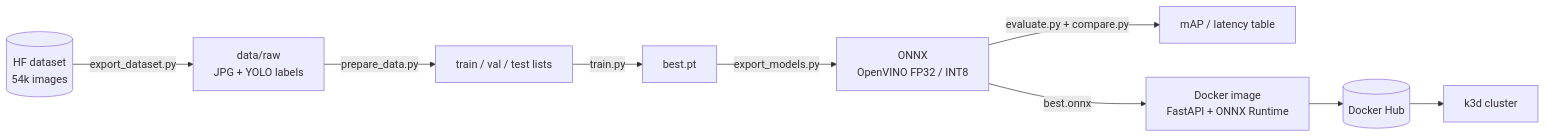
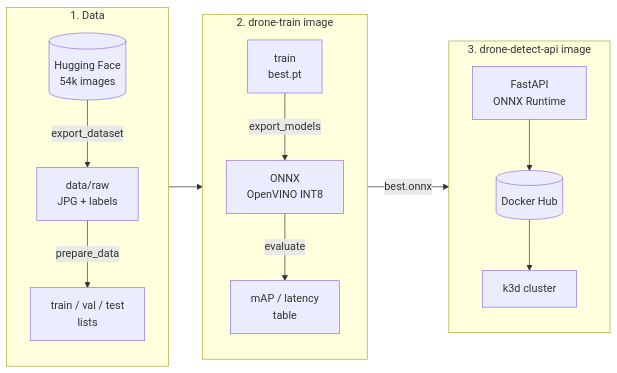
The diagram in README.md (nThArOs/drone-detect-mlops), drawn with Mermaid before and after one commit.

Commit message:
Rework pipeline diagram layout

````diff
--- a/README.md
+++ b/README.md
@@ -12,11 +12,23 @@
 ```mermaid
 flowchart LR
-    HF[(HF dataset<br/>54k images)] -->|export_dataset.py| RAW[data/raw<br/>JPG + YOLO labels]
-    RAW -->|prepare_data.py| SPLITS[train / val / test lists]
-    SPLITS -->|train.py| PT[best.pt]
-    PT -->|export_models.py| EXP[ONNX<br/>OpenVINO FP32 / INT8]
-    EXP -->|evaluate.py + compare.py| BENCH[mAP / latency table]
-    EXP -->|best.onnx| IMG[Docker image<br/>FastAPI + ONNX Runtime]
-    IMG --> HUB[(Docker Hub)]
-    HUB --> K8S[k3d cluster]
+    subgraph DATA[1. Data]
+        direction TB
+        HF[(Hugging Face<br/>54k images)] -->|export_dataset| RAW[data/raw<br/>JPG + labels]
+        RAW -->|prepare_data| SPLITS[train / val / test<br/>lists]
+    end
+
+    subgraph TRAIN[2. drone-train image]
+        direction TB
+        PT[train<br/>best.pt] -->|export_models| EXP[ONNX<br/>OpenVINO INT8]
+        EXP -->|evaluate| BENCH[mAP / latency<br/>table]
+    end
+
+    subgraph SERVE[3. drone-detect-api image]
+        direction TB
+        API[FastAPI<br/>ONNX Runtime] --> HUB[(Docker Hub)]
+        HUB --> K8S[k3d cluster]
+    end
+
+    DATA --> TRAIN
+    TRAIN -->|best.onnx| SERVE
 ```
````
